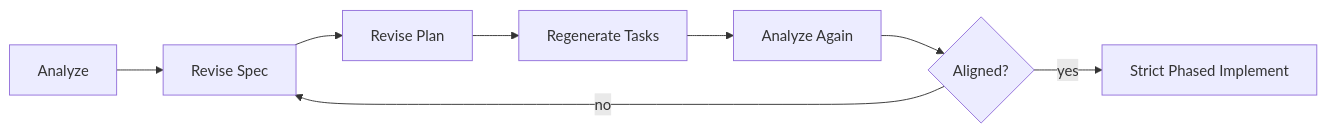
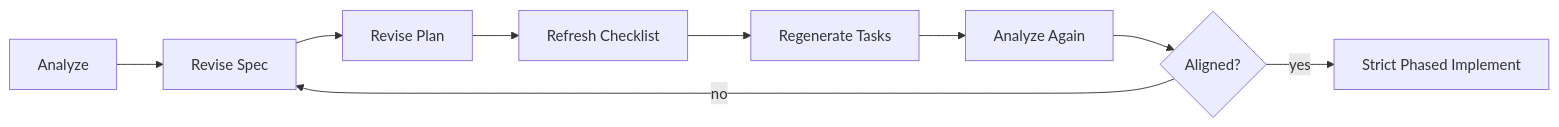
Before and after one commit to jessepetersondev/jesses-book-of-cool-speckit: the diagram in docs/reproducibility/rerun-routing.md, drawn with Mermaid. The commit also changed other lines of this file and 17 other files, not shown here.

Commit message:
Add checklist step to phased flow

````diff
--- a/docs/reproducibility/rerun-routing.md
+++ b/docs/reproducibility/rerun-routing.md
@@ -30,10 +30,11 @@
 ```mermaid
 flowchart LR
     A[Analyze] --> B[Revise Spec]
     B --> C[Revise Plan]
-    C --> D[Regenerate Tasks]
-    D --> E[Analyze Again]
-    E --> F{Aligned?}
-    F -->|yes| G[Strict Phased Implement]
-    F -->|no| B
+    C --> D[Refresh Checklist]
+    D --> E[Regenerate Tasks]
+    E --> F[Analyze Again]
+    F --> G{Aligned?}
+    G -->|yes| H[Strict Phased Implement]
+    G -->|no| B
 ```
````
